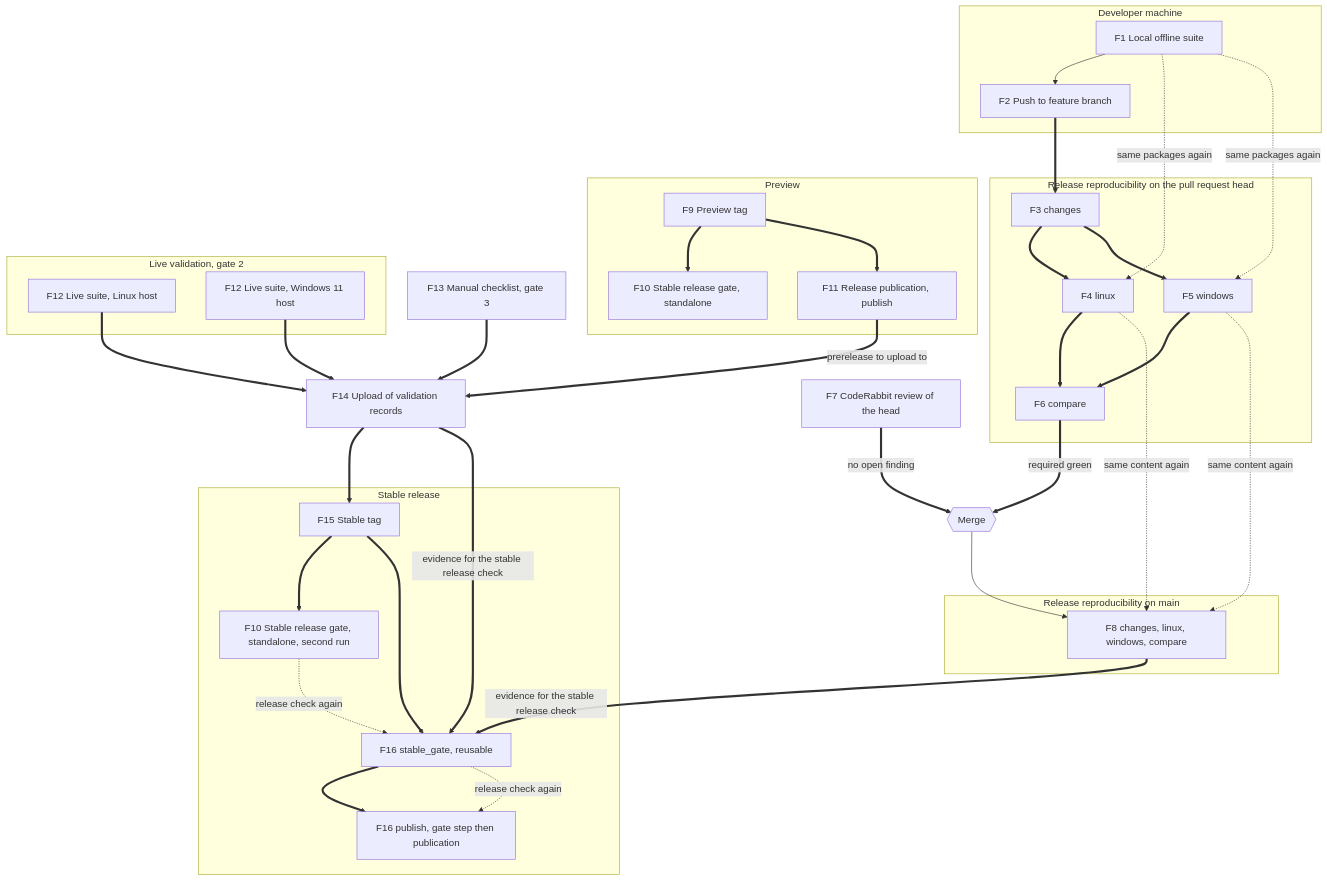
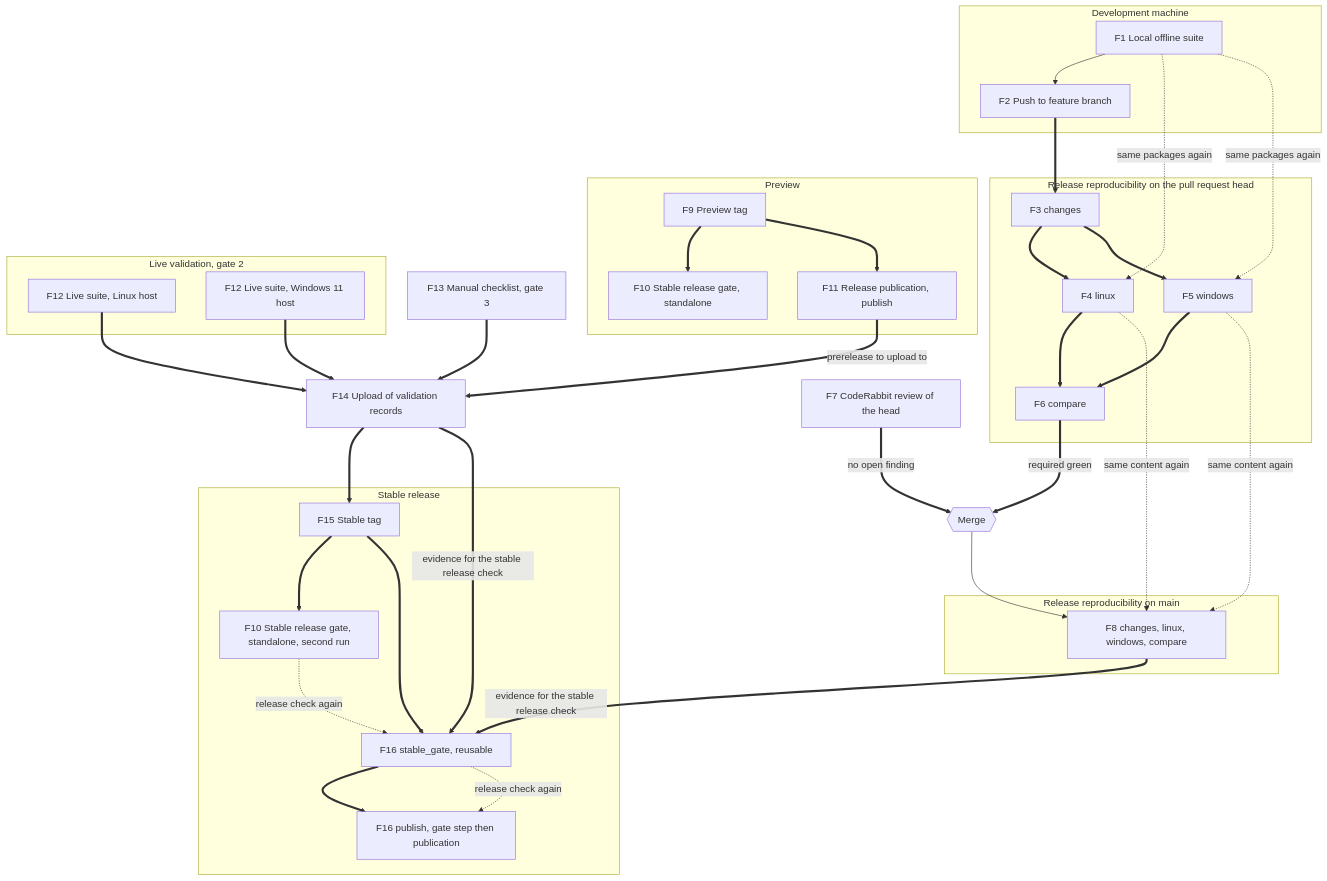
One commit to grauzone-labs/sandboxed-agents changed the diagram in docs/validation/issue-171/feedback-time-analysis.md. Above: the diagram before and after it, drawn with Mermaid. The commit also changed other lines of this file, not shown here.

````diff
--- a/docs/validation/issue-171/feedback-time-analysis.md
+++ b/docs/validation/issue-171/feedback-time-analysis.md
@@ -72,73 +72,73 @@
 ```mermaid
 flowchart TD
-  subgraph LOCAL["Developer machine"]
+  subgraph LOCAL["Development machine"]
     F1["F1 Local offline suite"]
     F2["F2 Push to feature branch"]
   end
 
   subgraph PRRUN["Release reproducibility on the pull request head"]
     F3["F3 changes"]
     F4["F4 linux"]
     F5["F5 windows"]
     F6["F6 compare"]
   end
 
   F7["F7 CodeRabbit review of the head"]
   MERGE{{"Merge"}}
 
   subgraph PUSHRUN["Release reproducibility on main"]
     F8["F8 changes, linux, windows, compare"]
   end
 
   subgraph PREVIEW["Preview"]
     F9["F9 Preview tag"]
     F10["F10 Stable release gate, standalone"]
     F11["F11 Release publication, publish"]
   end
 
   subgraph LIVE["Live validation, gate 2"]
     F12L["F12 Live suite, Linux host"]
     F12W["F12 Live suite, Windows 11 host"]
   end
 
   F13["F13 Manual checklist, gate 3"]
   F14["F14 Upload of validation records"]
 
   subgraph STABLE["Stable release"]
     F15["F15 Stable tag"]
     F10B["F10 Stable release gate, standalone, second run"]
     F16G["F16 stable_gate, reusable"]
     F16P["F16 publish, gate step then publication"]
   end
 
   F1 --> F2
   F2 ==> F3
   F3 ==> F4
   F3 ==> F5
   F4 ==> F6
   F5 ==> F6
   F6 ==>|"required green"| MERGE
   F7 ==>|"no open finding"| MERGE
   MERGE --> F8
 
   F9 ==> F10
   F9 ==> F11
   F11 ==>|"prerelease to upload to"| F14
   F12L ==> F14
   F12W ==> F14
   F13 ==> F14
   F14 ==> F15
   F8 ==>|"evidence for the stable release check"| F16G
   F14 ==>|"evidence for the stable release check"| F16G
 
   F15 ==> F10B
   F15 ==> F16G
   F16G ==> F16P
 
   F1 -.->|"same packages again"| F4
   F1 -.->|"same packages again"| F5
   F4 -.->|"same content again"| F8
   F5 -.->|"same content again"| F8
   F10B -.->|"release check again"| F16G
   F16G -.->|"release check again"| F16P
 ```
````
